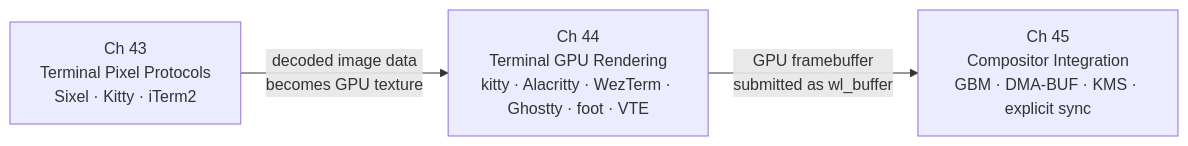
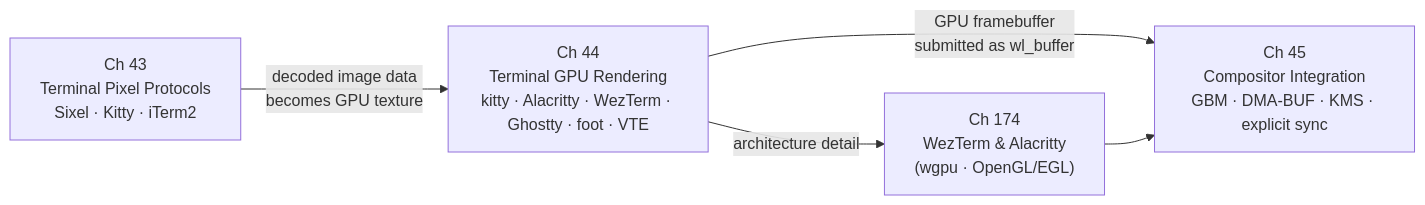
The diagram in chapters/part-12-terminal-graphics/part-intro.md (jreuben11/linux-graphics-stack-book), drawn with Mermaid before and after one commit. The commit also changed other lines of this file and 16 other files, not shown here.

````diff
--- a/chapters/part-12-terminal-graphics/part-intro.md
+++ b/chapters/part-12-terminal-graphics/part-intro.md
@@ -23,9 +25,13 @@
 ```mermaid
 graph LR
     CH43["Ch 43\nTerminal Pixel Protocols\nSixel · Kitty · iTerm2"]
     CH44["Ch 44\nTerminal GPU Rendering\nkitty · Alacritty · WezTerm · Ghostty · foot · VTE"]
     CH45["Ch 45\nCompositor Integration\nGBM · DMA-BUF · KMS · explicit sync"]
 
+    CH174["Ch 174\nWezTerm & Alacritty\n(wgpu · OpenGL/EGL)"]
+
     CH43 -->|"decoded image data\nbecomes GPU texture"| CH44
     CH44 -->|"GPU framebuffer\nsubmitted as wl_buffer"| CH45
+    CH44 -->|"architecture detail"| CH174
+    CH174 --> CH45
 ```
````
